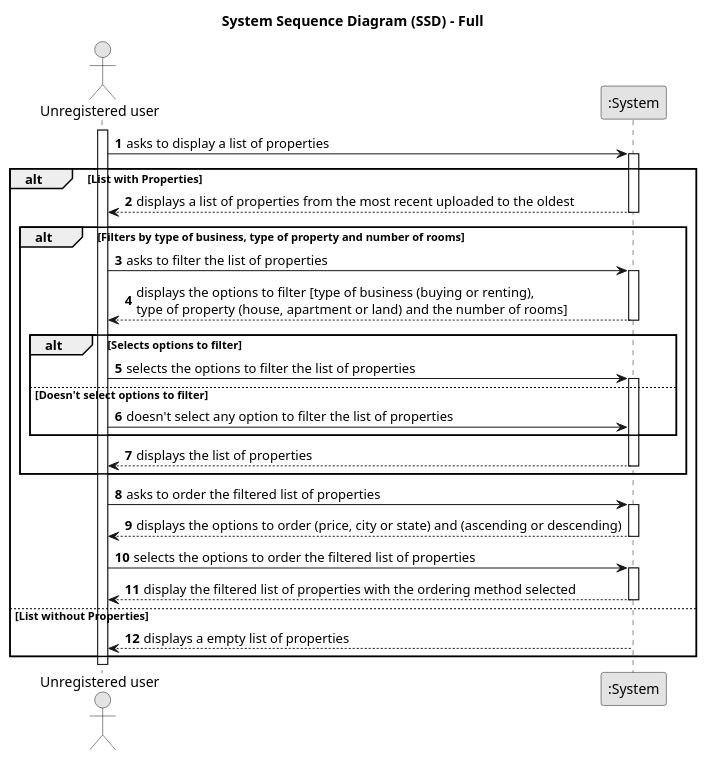
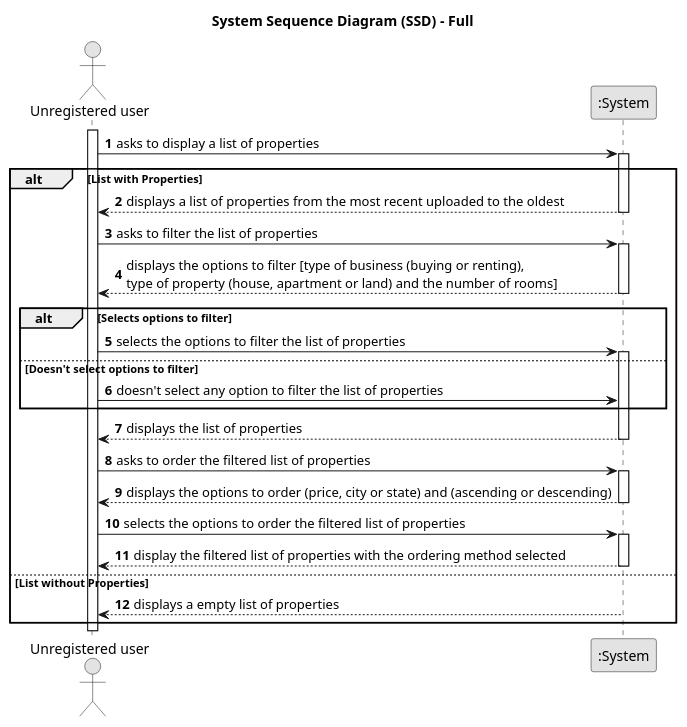
Before and after one commit to PureNimble/ISEP-LAPR2: the diagram in docs/sprintB/US01/01.requirements-engineering/puml/us01-system-sequence-diagram-full.puml, drawn with PlantUML.

Commit message:
Updated US01 SSD Full

```diff
--- a/docs/sprintB/US01/01.requirements-engineering/puml/us01-system-sequence-diagram-full.puml
+++ b/docs/sprintB/US01/01.requirements-engineering/puml/us01-system-sequence-diagram-full.puml
@@ -1,66 +1,62 @@
 @startuml
 skinparam monochrome true
 skinparam packageStyle rectangle
 skinparam shadowing false
 
 title System Sequence Diagram (SSD) - Full
 
 autonumber
 
 actor "Unregistered user" as User
 participant ":System" as System
 
 activate User
 
     User -> System : asks to display a list of properties
             activate System
 
     alt List with Properties
 
     System --> User : displays a list of properties from the most recent uploaded to the oldest
             deactivate System
 
-            alt Filters by type of business, type of property and number of rooms
+    User -> System : asks to filter the list of properties
+            activate System
 
-            User -> System : asks to filter the list of properties
-                    activate System
+    System --> User : displays the options to filter [type of business (buying or renting), \ntype of property (house, apartment or land) and the number of rooms]
+             deactivate System
 
-                System --> User : displays the options to filter [type of business (buying or renting), \ntype of property (house, apartment or land) and the number of rooms]
-                    deactivate System
+             alt Selects options to filter
 
-                    alt Selects options to filter
+             User -> System : selects the options to filter the list of properties
+                     activate System
 
-                    User -> System : selects the options to filter the list of properties
-                        activate System
+             else Doesn't select options to filter
 
-                    else Doesn't select options to filter
+             User -> System : doesn't select any option to filter the list of properties
 
-                    User -> System : doesn't select any option to filter the list of properties
+             end
 
-                    end
+    System --> User : displays the list of properties
+             deactivate System
 
-                System --> User : displays the list of properties
-                    deactivate System
+    User -> System : asks to order the filtered list of properties
+             activate System
 
-            end
+    System --> User : displays the options to order (price, city or state) and (ascending or descending)
+             deactivate System
 
-            User -> System : asks to order the filtered list of properties
-                    activate System
+    User -> System : selects the options to order the filtered list of properties
+             activate System
 
-                System --> User : displays the options to order (price, city or state) and (ascending or descending)
-                    deactivate System
-
-                User -> System : selects the options to order the filtered list of properties
-                    activate System
-
-                System --> User : display the filtered list of properties with the ordering method selected
-                    deactivate System
+    System --> User : display the filtered list of properties with the ordering method selected
+             deactivate System
 
     else List without Properties
 
     System --> User : displays a empty list of properties
             deactivate System
 
     end
 
 @enduml
```
